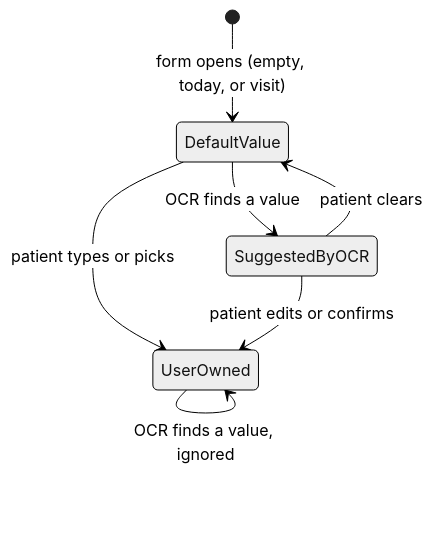
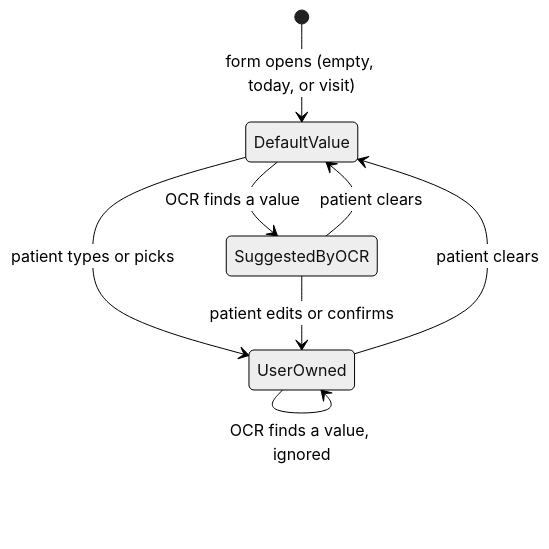
One commit to m4schen/Genki changed the fourth of 4 diagrams in docs/ARCHITECTURE.md. Above: the diagram before and after it, drawn with Mermaid (neutral theme). The commit also changed other lines of this file and 6 other files, not shown here.

````diff
--- a/docs/ARCHITECTURE.md
+++ b/docs/ARCHITECTURE.md
@@ -153,9 +153,10 @@
 ```mermaid
 stateDiagram-v2
   [*] --> DefaultValue: form opens (empty, today, or visit)
   DefaultValue --> SuggestedByOCR: OCR finds a value
   DefaultValue --> UserOwned: patient types or picks
   SuggestedByOCR --> UserOwned: patient edits or confirms
   SuggestedByOCR --> DefaultValue: patient clears
+  UserOwned --> DefaultValue: patient clears
   UserOwned --> UserOwned: OCR finds a value, ignored
 ```
````
